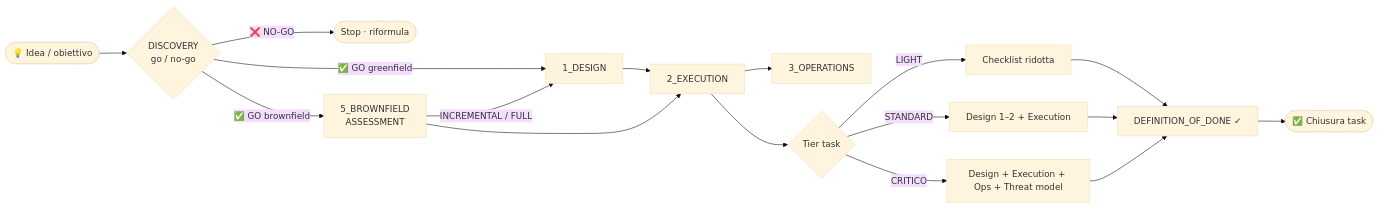
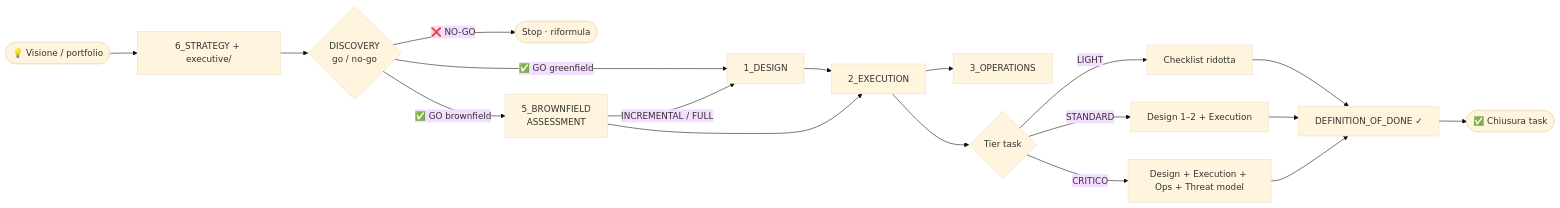
One commit to andreafinazziinfo/operational-engineering-framework changed the second of 4 diagrams in README.md. Above: the diagram before and after it, drawn with Mermaid (base theme). The commit also changed other lines of this file and 8 other files, not shown here.

````diff
--- a/README.md
+++ b/README.md
@@ -108,21 +121,22 @@
 ```mermaid
 flowchart LR
-    START([💡 Idea / obiettivo]) --> DISC{DISCOVERY<br/>go / no-go}
+    START([💡 Visione / portfolio]) --> STRAT[6_STRATEGY + executive/]
+    STRAT --> DISC{DISCOVERY<br/>go / no-go}
 
     DISC -->|❌ NO-GO| STOP([Stop · riformula])
     DISC -->|✅ GO greenfield| D1[1_DESIGN]
     DISC -->|✅ GO brownfield| BF[5_BROWNFIELD<br/>ASSESSMENT]
 
     D1 --> EX[2_EXECUTION]
     BF -->|INCREMENTAL / FULL| D1
     BF --> EX
     EX --> OP[3_OPERATIONS]
 
     EX --> TIER{Tier task}
     TIER -->|LIGHT| L[Checklist ridotta]
     TIER -->|STANDARD| S[Design 1–2 + Execution]
     TIER -->|CRITICO| C[Design + Execution + Ops + Threat model]
 
     L & S & C --> DOD[DEFINITION_OF_DONE ✓]
     DOD --> DONE([✅ Chiusura task])
 ```
````
